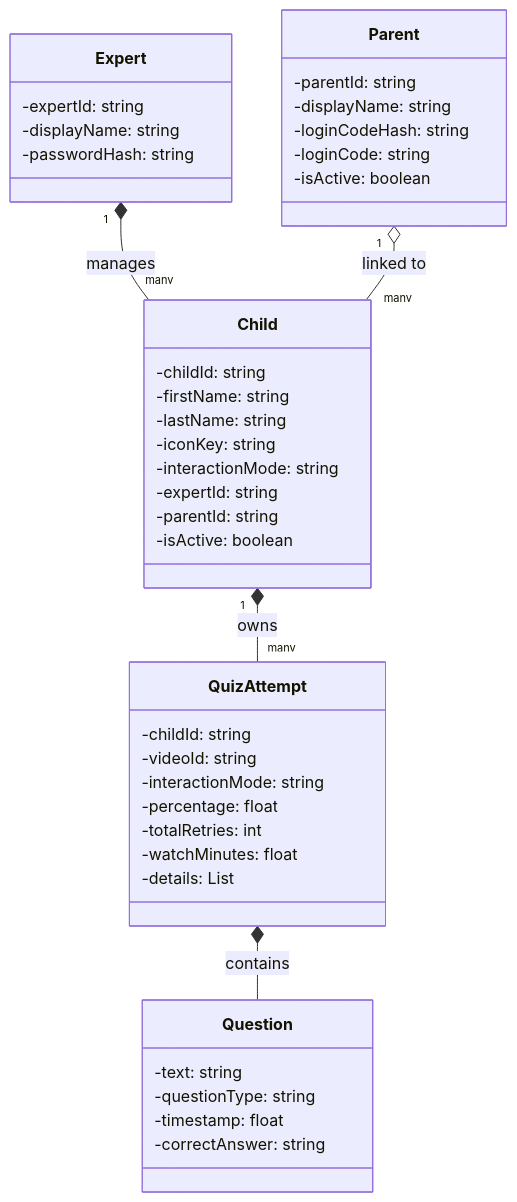
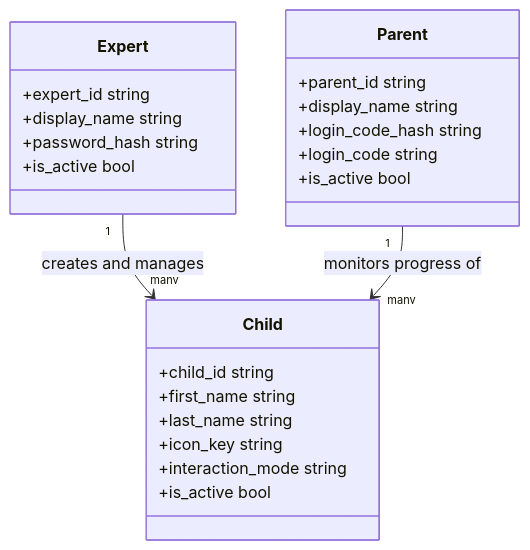
Before and after one commit to Capstone-Projects-2026-spring/project-piggyback-learning-piggyback-1: the first of 3 diagrams in documentation/docs/system-architecture/class-diagrams.md, drawn with Mermaid. The commit also changed other lines of this file and 3 other files, not shown here.

Commit message:
removed useless diagrams and updated class diagram

````diff
--- a/documentation/docs/system-architecture/class-diagrams.md
+++ b/documentation/docs/system-architecture/class-diagrams.md
@@ -83,49 +11,27 @@
 ```mermaid
 classDiagram
+    class Expert {
+        +expert_id string
+        +display_name string
+        +password_hash string
+        +is_active bool
+    }
+    class Parent {
+        +parent_id string
+        +display_name string
+        +login_code_hash string
+        +login_code string
+        +is_active bool
+    }
     class Child {
-        -childId: string
-        -firstName: string
-        -lastName: string
-        -iconKey: string
-        -interactionMode: string
-        -expertId: string
-        -parentId: string
-        -isActive: boolean
+        +child_id string
+        +first_name string
+        +last_name string
+        +icon_key string
+        +interaction_mode string
+        +is_active bool
     }
 
-    class Parent {
-        -parentId: string
-        -displayName: string
-        -loginCodeHash: string
-        -loginCode: string
-        -isActive: boolean
-    }
-
-    class Expert {
-        -expertId: string
-        -displayName: string
-        -passwordHash: string
-    }
-
-    class Question {
-        -text: string
-        -questionType: string
-        -timestamp: float
-        -correctAnswer: string
-    }
-
-    class QuizAttempt {
-        -childId: string
-        -videoId: string
-        -interactionMode: string
-        -percentage: float
-        -totalRetries: int
-        -watchMinutes: float
-        -details: List
-    }
-
-    Expert "1" *-- "many" Child : manages
-    Parent "1" o-- "many" Child : linked to
-    Child "1" *-- "many" QuizAttempt : owns
-    QuizAttempt *-- Question : contains
+    Expert "1" --> "many" Child : creates and manages
+    Parent "1" --> "many" Child : monitors progress of
 ```
````
